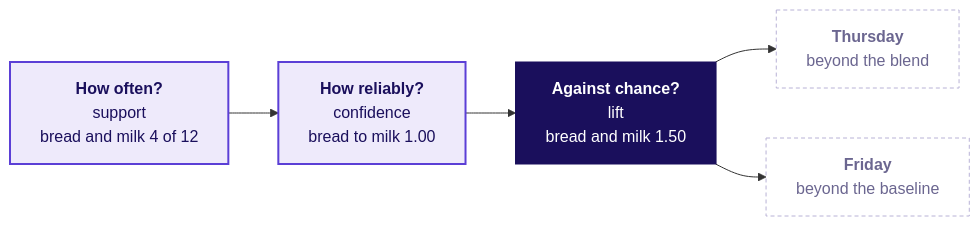
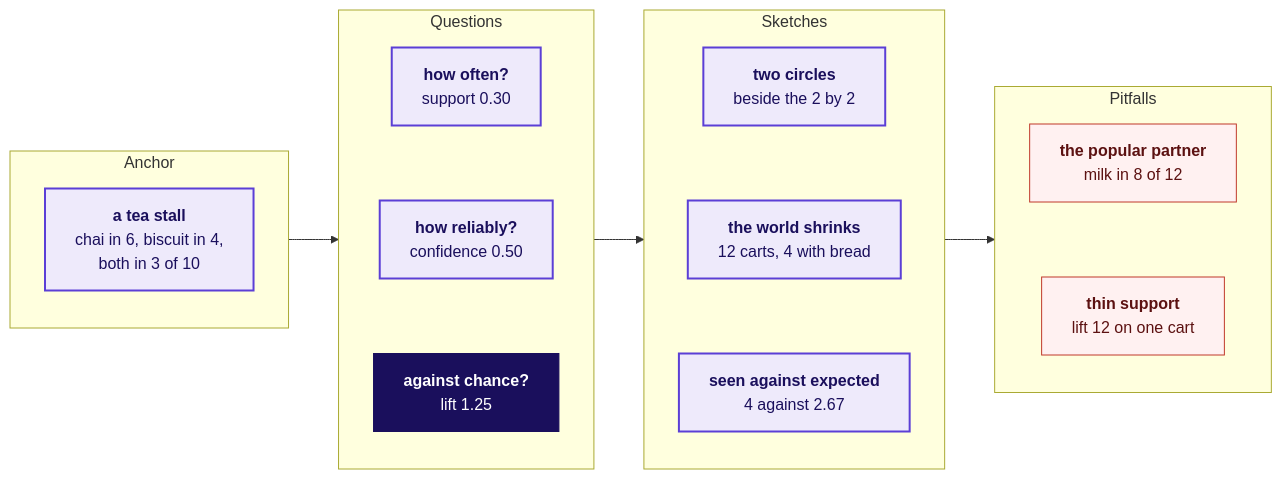
Before and after one commit to fde-academy-lab/c2-content-factory: the third of 4 diagrams in content/W04/D3/slides/C2_W04_D03_half1_STUDENT.md, drawn with Mermaid. The commit also changed other lines of this file and 13 other files, not shown here.

````diff
--- a/content/W04/D3/slides/C2_W04_D03_half1_STUDENT.md
+++ b/content/W04/D3/slides/C2_W04_D03_half1_STUDENT.md
@@ -284,13 +277,25 @@
 ```mermaid
 flowchart LR
-    A["<b>How often?</b><br/>support<br/>bread and milk 4 of 12"] --> B["<b>How reliably?</b><br/>confidence<br/>bread to milk 1.00"]
-    B --> C["<b>Against chance?</b><br/>lift<br/>bread and milk 1.50"]
-    C --> D["<b>Thursday</b><br/>beyond the blend"]
-    C --> E["<b>Friday</b><br/>beyond the baseline"]
+    subgraph A["Anchor"]
+        A1["<b>a tea stall</b><br/>chai in 6, biscuit in 4,<br/>both in 3 of 10"]
+    end
+    subgraph Q["Questions"]
+        direction TB
+        Q1["<b>how often?</b><br/>support 0.30"] ~~~ Q2["<b>how reliably?</b><br/>confidence 0.50"] ~~~ Q3["<b>against chance?</b><br/>lift 1.25"]
+    end
+    subgraph S["Sketches"]
+        direction TB
+        S1["<b>two circles</b><br/>beside the 2 by 2"] ~~~ S2["<b>the world shrinks</b><br/>12 carts, 4 with bread"] ~~~ S3["<b>seen against expected</b><br/>4 against 2.67"]
+    end
+    subgraph P["Pitfalls"]
+        direction TB
+        P1["<b>the popular partner</b><br/>milk in 8 of 12"] ~~~ P2["<b>thin support</b><br/>lift 12 on one cart"]
+    end
+    A --> Q --> S --> P
+    classDef known fill:#EEEAFB,stroke:#5B3FD6,color:#1A0F5C,stroke-width:2px
     classDef lit fill:#1A0F5C,stroke:#1A0F5C,color:#FFFFFF
-    classDef known fill:#EEEAFB,stroke:#5B3FD6,color:#1A0F5C,stroke-width:2px
-    classDef unknown fill:#FFFFFF,stroke:#B8B2D6,color:#6B6690,stroke-dasharray:4 3
-    class A,B known
-    class C lit
-    class D,E unknown
+    classDef trap fill:#FFF1F1,stroke:#C0392B,color:#5C1111
+    class A1,Q1,Q2,S1,S2,S3 known
+    class Q3 lit
+    class P1,P2 trap
 ```
````
